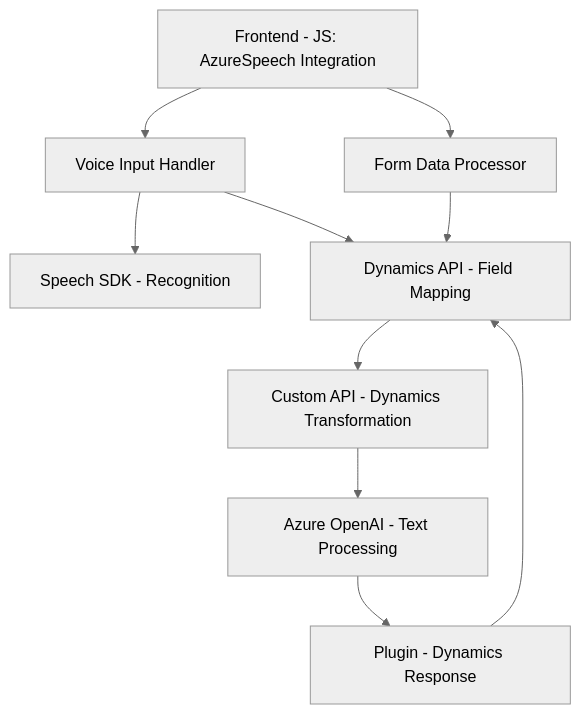
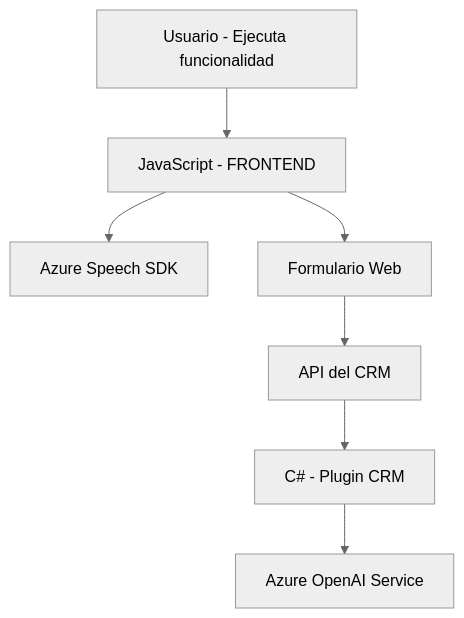
One commit to blopezdm/NETCORE_BILBAO2025 changed the diagram in README.md. Above: the diagram before and after it, drawn with Mermaid (neutral theme). The commit also changed other lines of this file, not shown here.

````diff
--- a/README.md
+++ b/README.md
@@ -41,12 +49,17 @@
 ```mermaid
 graph TD
-    A["Frontend - JS: AzureSpeech Integration"] --> B["Voice Input Handler"]
-    A --> C["Form Data Processor"]
-    B --> D["Speech SDK - Recognition"]
-    B --> E["Dynamics API - Field Mapping"]
-    C --> E
-    E --> F["Custom API - Dynamics Transformation"]
-    F --> G["Azure OpenAI - Text Processing"]
-    G --> H["Plugin - Dynamics Response"]
-    H --> E
+    Start["Usuario - Ejecuta funcionalidad"]
+    Frontend["JavaScript - FRONTEND"]
+    Backend["C# - Plugin CRM"]
+    AzureSpeech["Azure Speech SDK"]
+    AzureOpenAI["Azure OpenAI Service"]
+    WebForm["Formulario Web"]
+    CRMWebApi["API del CRM"]
+
+    Start --> Frontend
+    Frontend --> AzureSpeech
+    Frontend --> WebForm
+    WebForm --> CRMWebApi
+    CRMWebApi --> Backend
+    Backend --> AzureOpenAI
 ```
````
